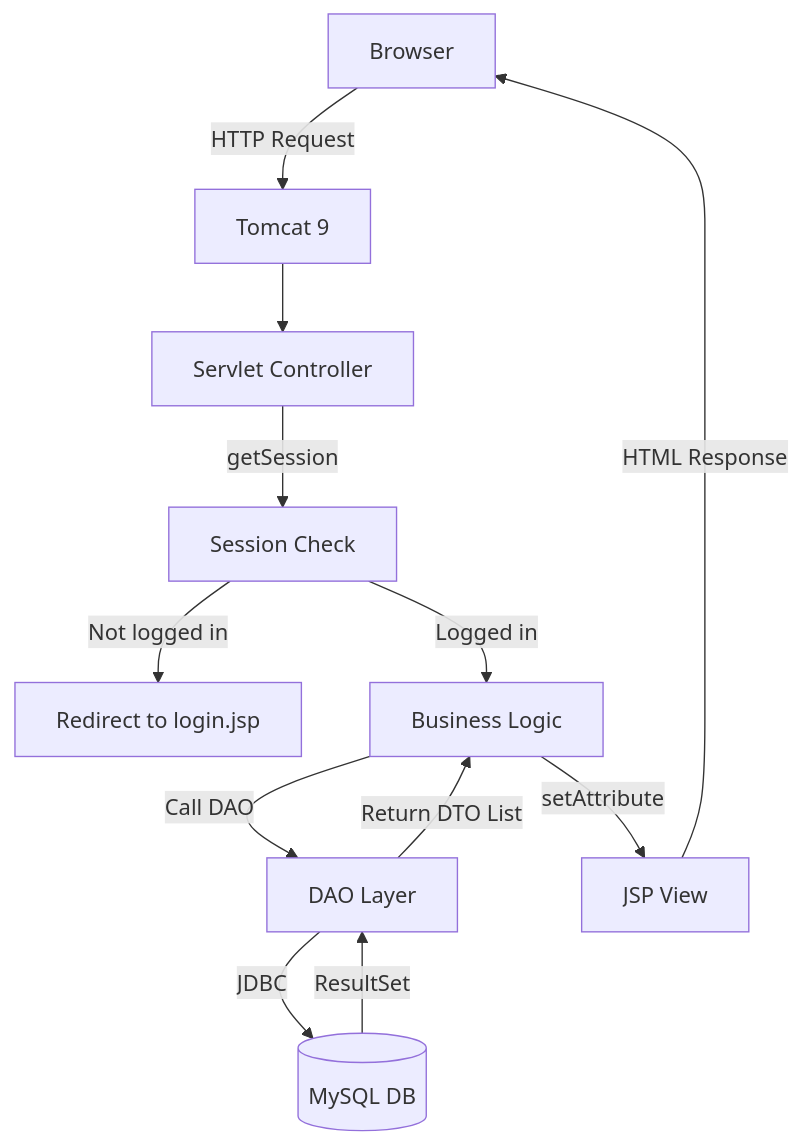
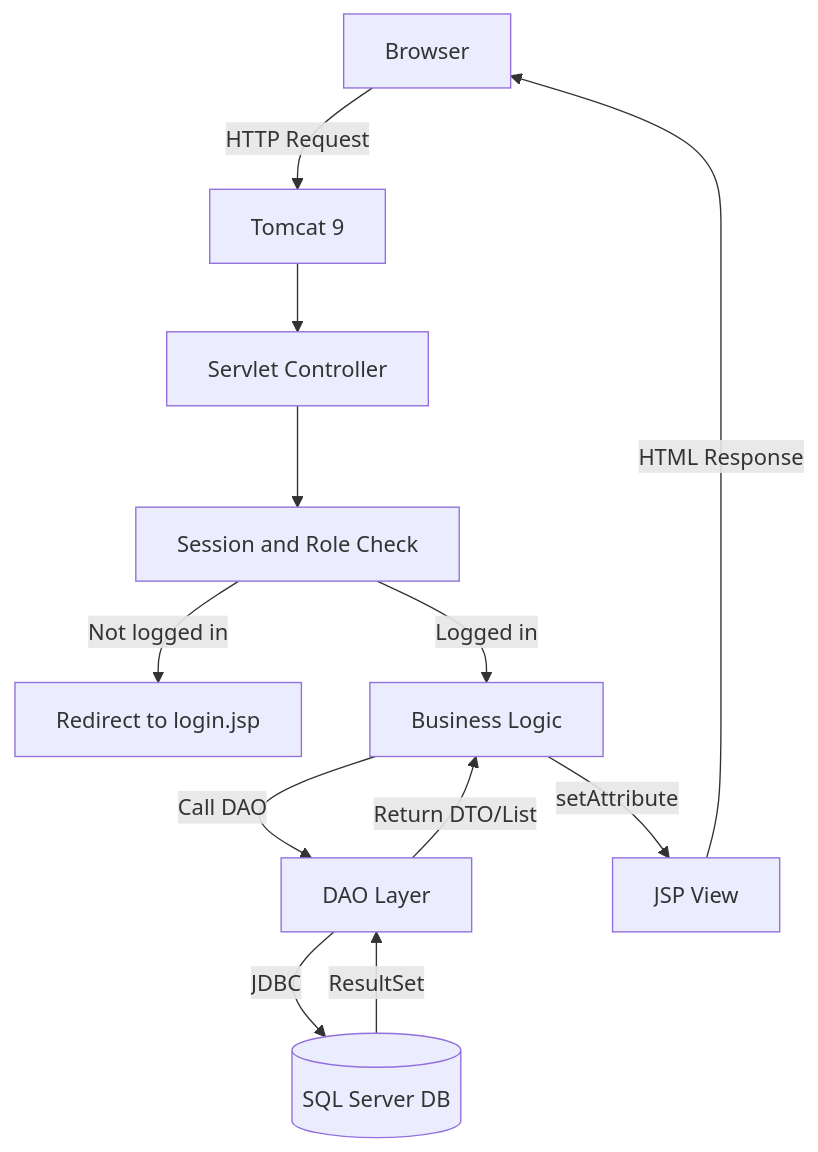
One commit to PhongTCT/PaymentTest changed the first of 2 diagrams in PRJ301/04_system_architecture.md. Above: the diagram before and after it, drawn with Mermaid. The commit also changed other lines of this file and 54 other files, not shown here.

````diff
--- a/PRJ301/04_system_architecture.md
+++ b/PRJ301/04_system_architecture.md
@@ -13,14 +14,14 @@
 ```mermaid
 flowchart TD
     A[Browser] -->|HTTP Request| B[Tomcat 9]
     B --> C[Servlet Controller]
-    C -->|getSession| D[Session Check]
+    C --> D[Session and Role Check]
     D -->|Not logged in| E[Redirect to login.jsp]
     D -->|Logged in| F[Business Logic]
     F -->|Call DAO| G[DAO Layer]
-    G -->|JDBC| H[(MySQL DB)]
+    G -->|JDBC| H[(SQL Server DB)]
     H -->|ResultSet| G
-    G -->|Return DTO List| F
+    G -->|Return DTO/List| F
     F -->|setAttribute| I[JSP View]
     I -->|HTML Response| A
 ```
````
